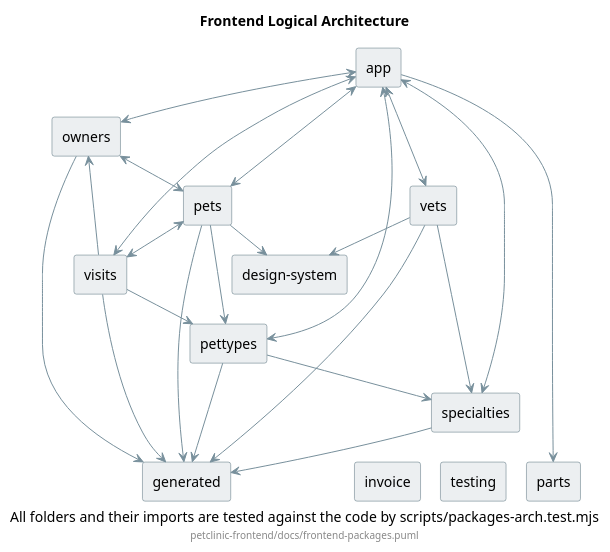
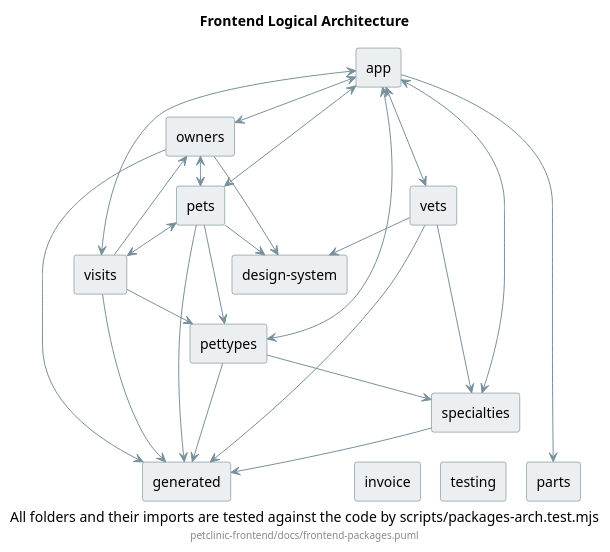
One commit to peekhovsky/petclinic changed the diagram in petclinic-frontend/docs/frontend-packages.puml. Above: the diagram before and after it, drawn with PlantUML. The commit also changed 5 other files, not shown here.

```diff
--- a/petclinic-frontend/docs/frontend-packages.puml
+++ b/petclinic-frontend/docs/frontend-packages.puml
@@ -1,77 +1,78 @@
 @startuml
 
 title Frontend Logical Architecture
 caption All folders and their imports are tested against the code by scripts/packages-arch.test.mjs
 footer petclinic-frontend/docs/frontend-packages.puml
 
 skinparam shadowing false
 ' the review page themes this colour for dark mode (--dgm-link)
 skinparam hyperlinkColor #1A4FA0
 skinparam componentStyle rectangle
 skinparam nodesep 20
 ' the stereotype is the box's folder, relative to petclinic-frontend/, which the test and the
 ' review page read; it is hidden so the folder is not printed under its name.
 ' A file belongs to the box with the deepest folder containing it.
 ' Only production .ts counts (*.spec.ts is skipped, like ArchUnit's DoNotIncludeTests).
 ' testing/ keeps its box: its stubs are non-spec files, imported by specs alone.
 ' Imports leaving src/app (../environments) are not boxes and are not checked.
 hide stereotype
 skinparam ranksep 30
 <style>
 component {
   BackGroundColor #ECEFF1
   LineColor #546E7A
 }
 arrow {
   LineColor #78909C
 }
 </style>
 
 [app] <<src/app>>
 [owners] <<src/app/owners>>
 [vets] <<src/app/vets>>
 [pets] <<src/app/pets>>
 [visits] <<src/app/visits>>
 [pettypes] <<src/app/pettypes>>
 [specialties] <<src/app/specialties>>
 [parts] <<src/app/parts>>
 [invoice] <<src/app/invoice>>
 [design-system] <<src/app/design-system>>
 [generated] <<src/app/generated>>
 [testing] <<src/app/testing>>
 
 ' <--> is two arrows, one each way: the test reads it as both dependencies.
 ' Every feature module is registered by app.module, and every feature service
 ' takes HttpErrorHandler from the root error.service.
 [app] <--> [owners]
 [app] <--> [pets]
 [app] <--> [visits]
 [app] <--> [vets]
 [app] <--> [pettypes]
 [app] <--> [specialties]
 [app] --> [parts]
 
 [owners] <--> [pets]
 [pets] <--> [visits]
 [visits] --> [owners]
 [pets] --> [pettypes]
 [visits] --> [pettypes]
 [pettypes] --> [specialties]
 [vets] --> [specialties]
 
 [pets] --> [design-system]
 [vets] --> [design-system]
+[owners] --> [design-system]
 
 [owners] --> [generated]
 [pets] --> [generated]
 [visits] --> [generated]
 [pettypes] --> [generated]
 [specialties] --> [generated]
 [vets] --> [generated]
 
 ' layout only, ignored by the test: shared and unused boxes on the bottom row
 [specialties] -[hidden]-> [parts]
 [specialties] -[hidden]-> [invoice]
 [specialties] -[hidden]-> [testing]
 
 @enduml
```
